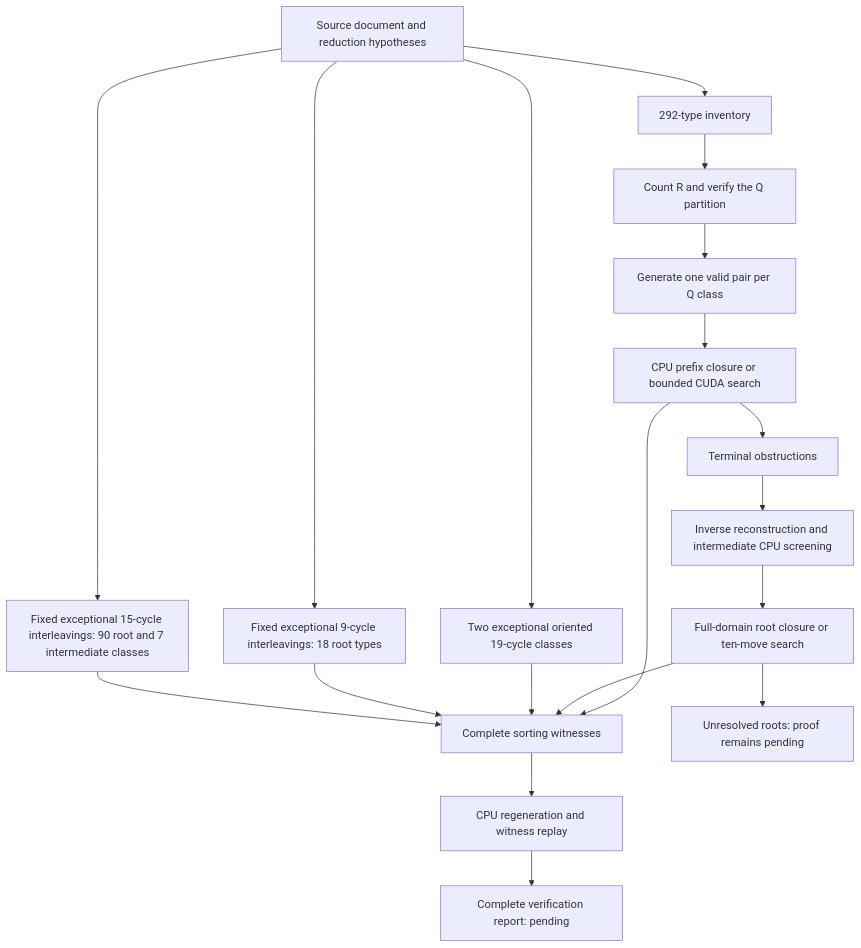
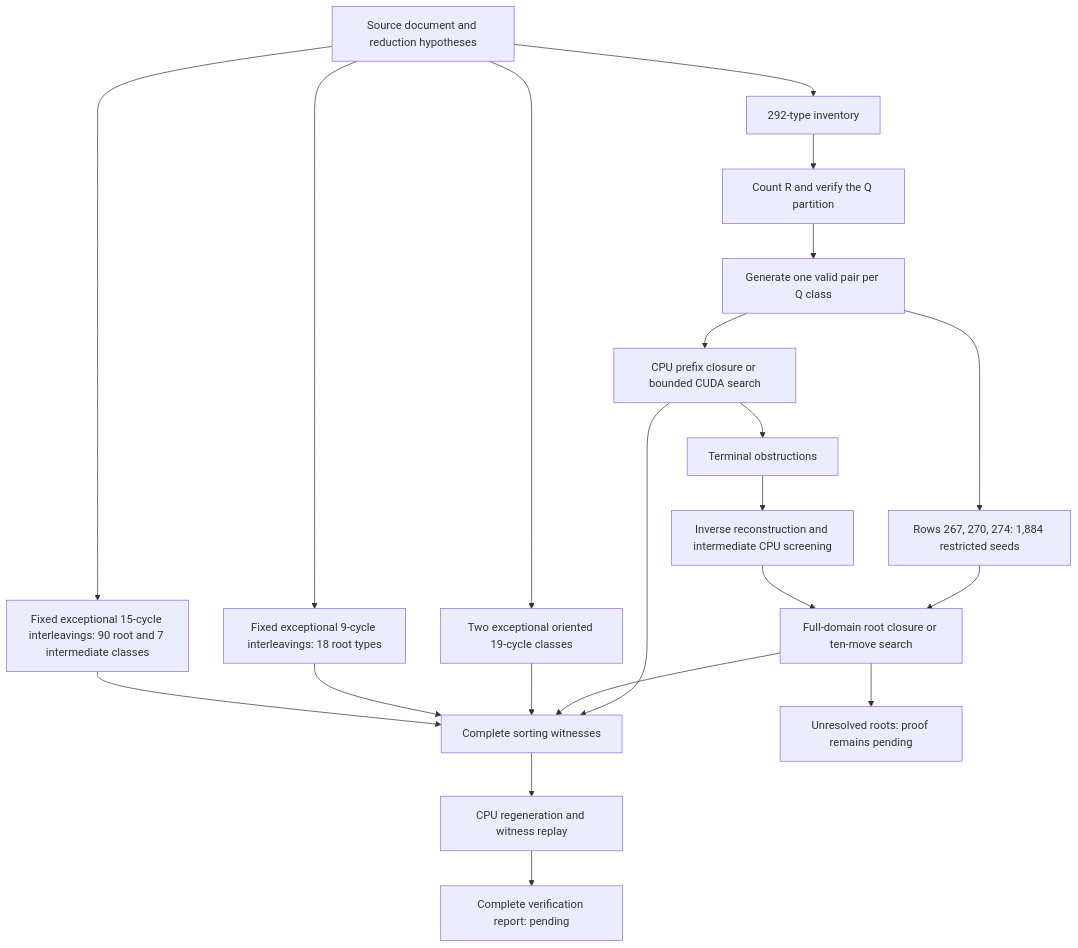
One commit to luizaugustogarcia/td18 changed the diagram in docs/WORKFLOW.md. Above: the diagram before and after it, drawn with Mermaid. The commit also changed other lines of this file and 48 other files, not shown here.

First line of the commit message:
Restrict problematic TD18 rows and lift seeds to roots

```diff
--- a/docs/WORKFLOW.md
+++ b/docs/WORKFLOW.md
@@ -59,21 +61,23 @@
 ~~~mermaid
 flowchart TD
     S[Source document and reduction hypotheses] --> I[292-type inventory]
     I --> C[Count R and verify the Q partition]
     C --> G[Generate one valid pair per Q class]
     G --> D[CPU prefix closure or bounded CUDA search]
+    G --> P[Rows 267, 270, 274: 1,884 restricted seeds]
+    P --> R
     D --> W[Complete sorting witnesses]
     D --> O[Terminal obstructions]
     O --> A[Inverse reconstruction and intermediate CPU screening]
     A --> R[Full-domain root closure or ten-move search]
     R --> W
     R --> U[Unresolved roots: proof remains pending]
     S --> E[Two exceptional oriented 19-cycle classes]
     E --> W
     S --> N[Fixed exceptional 9-cycle interleavings: 18 root types]
     N --> W
     S --> L[Fixed exceptional 15-cycle interleavings: 90 root and 7 intermediate classes]
     L --> W
     W --> V[CPU regeneration and witness replay]
     V --> F[Complete verification report: pending]
 ~~~
```
